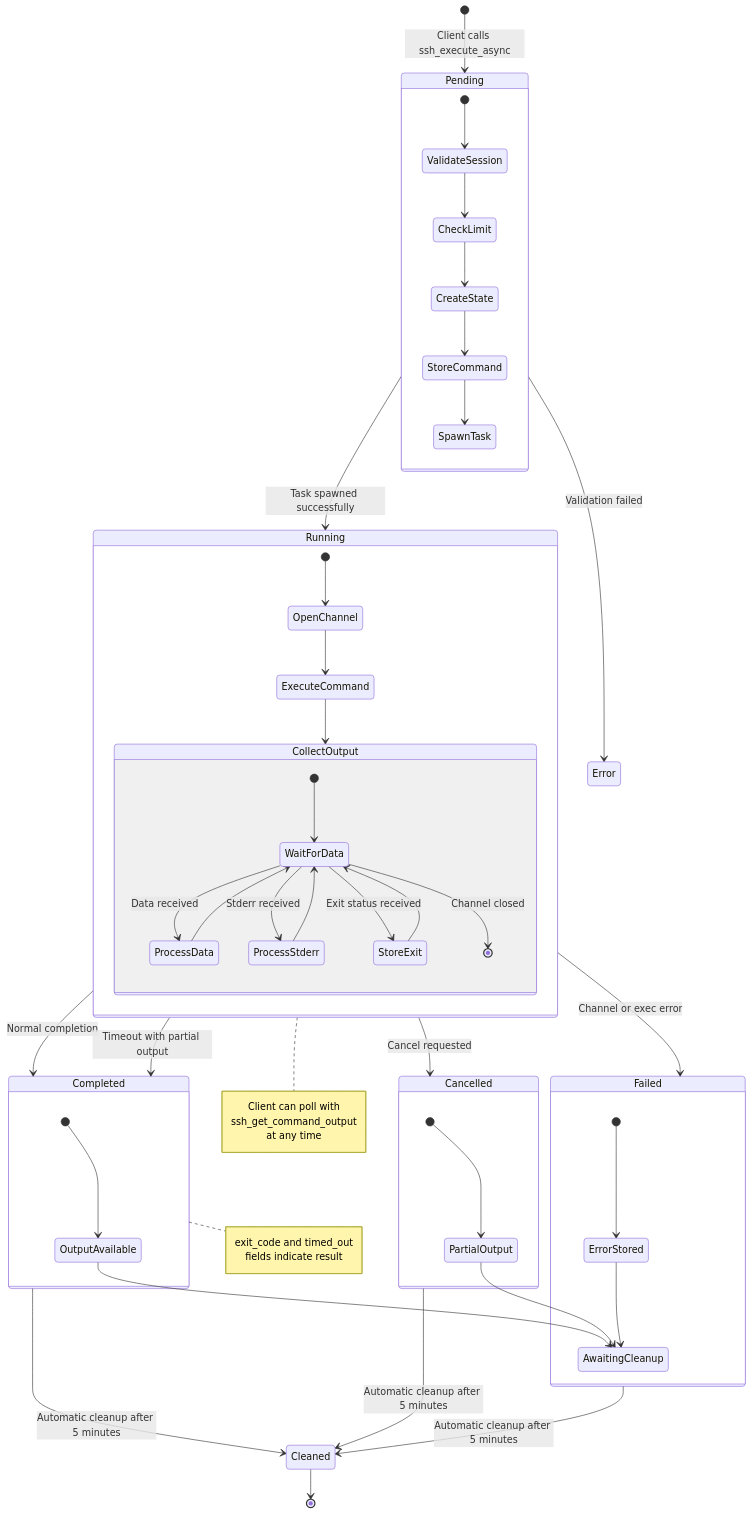
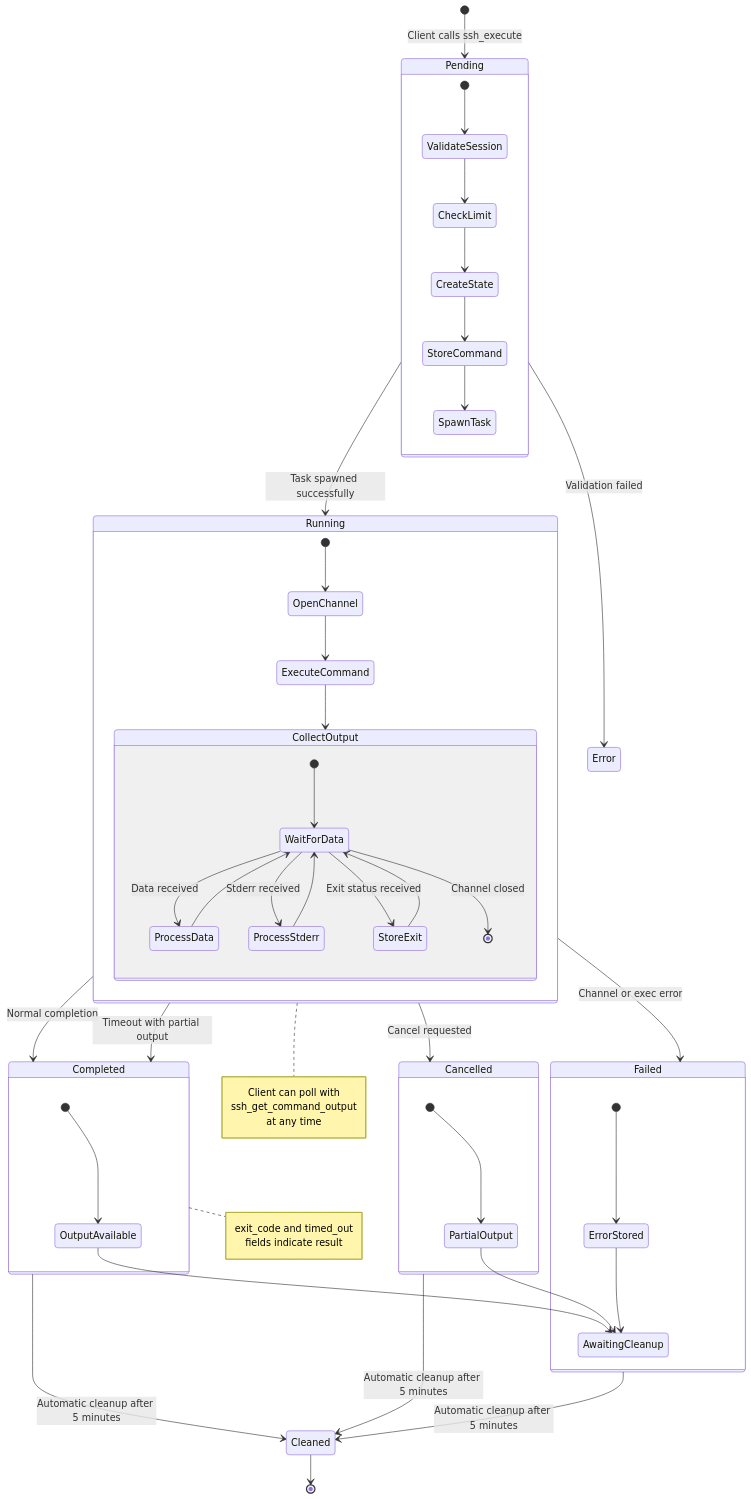
Before and after one commit to farchanjo/ssh-mcp: diagram 12 of 24 in docs/FLOWS.md, drawn with Mermaid. The commit also changed other lines of this file and 6 other files, not shown here.

````diff
--- a/docs/FLOWS.md
+++ b/docs/FLOWS.md
@@ -721,69 +560,69 @@
 ```mermaid
 stateDiagram-v2
-    [*] --> Pending: Client calls ssh_execute_async
+    [*] --> Pending: Client calls ssh_execute
 
     state Pending {
         [*] --> ValidateSession
         ValidateSession --> CheckLimit
         CheckLimit --> CreateState
         CreateState --> StoreCommand
         StoreCommand --> SpawnTask
     }
 
     Pending --> Running: Task spawned successfully
     Pending --> Error: Validation failed
 
     state Running {
         [*] --> OpenChannel
         OpenChannel --> ExecuteCommand
         ExecuteCommand --> CollectOutput
 
         state CollectOutput {
             [*] --> WaitForData
             WaitForData --> ProcessData: Data received
             WaitForData --> ProcessStderr: Stderr received
             ProcessData --> WaitForData
             ProcessStderr --> WaitForData
             WaitForData --> StoreExit: Exit status received
             StoreExit --> WaitForData
             WaitForData --> [*]: Channel closed
         }
     }
 
     Running --> Completed: Normal completion
     Running --> Completed: Timeout with partial output
     Running --> Cancelled: Cancel requested
     Running --> Failed: Channel or exec error
 
     state Completed {
         [*] --> OutputAvailable
         OutputAvailable --> AwaitingCleanup
     }
 
     state Cancelled {
         [*] --> PartialOutput
         PartialOutput --> AwaitingCleanup
     }
 
     state Failed {
         [*] --> ErrorStored
         ErrorStored --> AwaitingCleanup
     }
 
     Completed --> Cleaned: Automatic cleanup after 5 minutes
     Cancelled --> Cleaned: Automatic cleanup after 5 minutes
     Failed --> Cleaned: Automatic cleanup after 5 minutes
 
     Cleaned --> [*]
 
     note right of Running
         Client can poll with
         ssh_get_command_output
         at any time
     end note
 
     note right of Completed
         exit_code and timed_out
         fields indicate result
     end note
 ```
````
